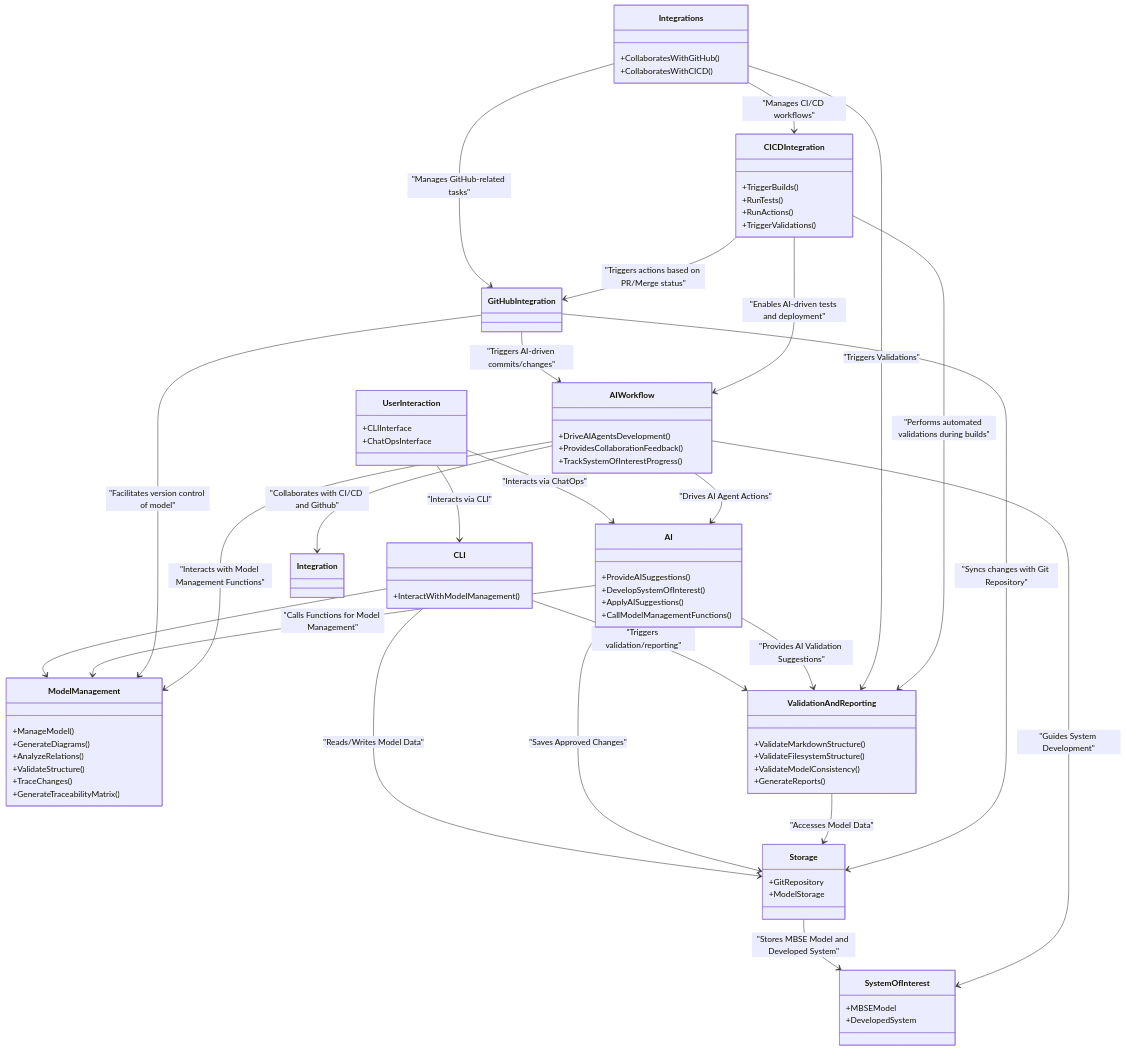
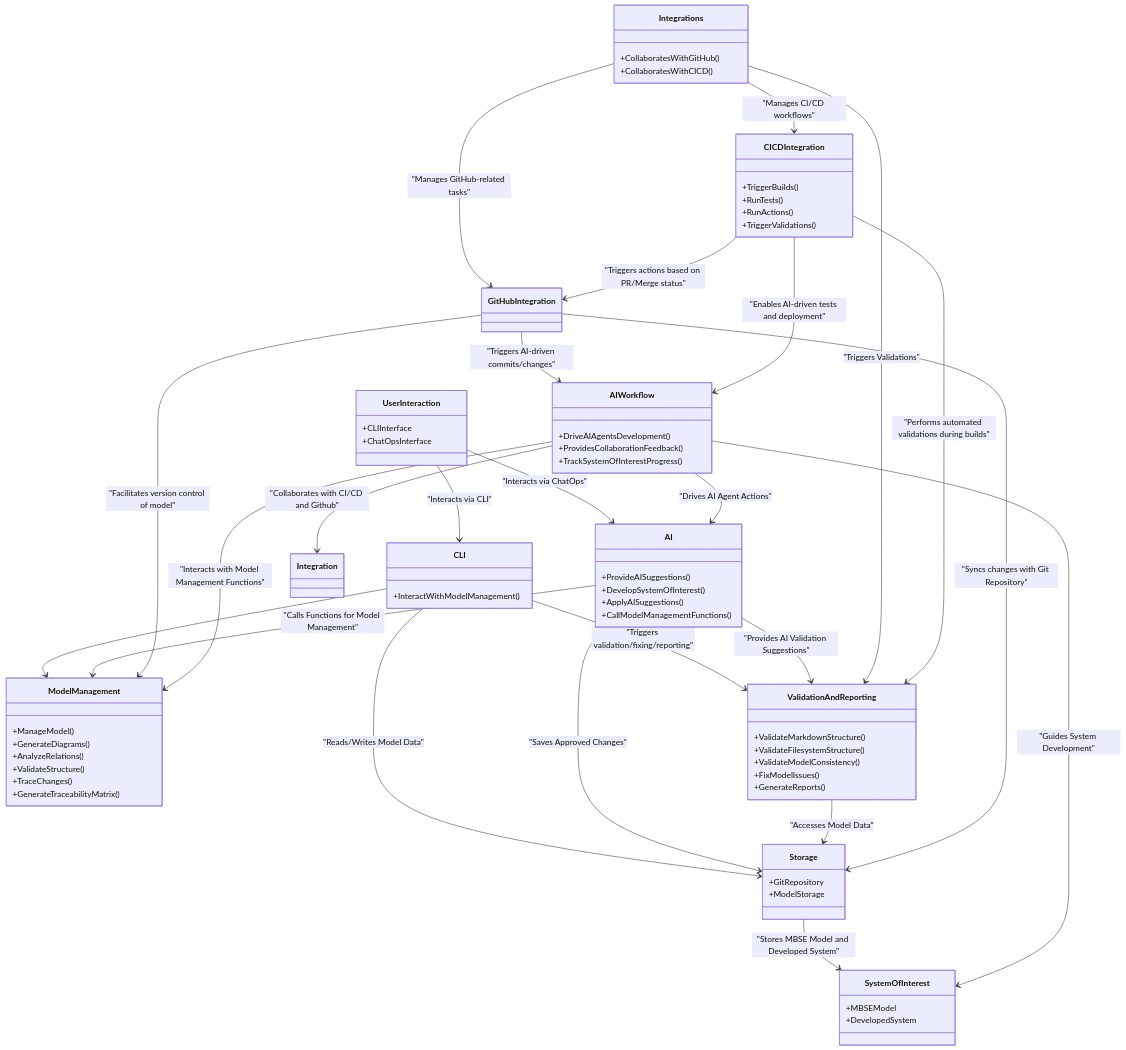
One commit to reqvire-org/reqvire changed the diagram in specifications/LogicalArchitecture.md. Above: the diagram before and after it, drawn with Mermaid. The commit also changed other lines of this file and 1 other file, not shown here.

Commit message:
Updates in notifications and user reqs.

```diff
--- a/specifications/LogicalArchitecture.md
+++ b/specifications/LogicalArchitecture.md
@@ -34,6 +34,7 @@
         +ValidateMarkdownStructure()
         +ValidateFilesystemStructure()
         +ValidateModelConsistency()
+        +FixModelIssues()
         +GenerateReports()
     }
     class Storage {
@@ -65,7 +66,7 @@
     UserInteraction --> AI : "Interacts via ChatOps"
     CLI --> ModelManagement
     AI --> ModelManagement : "Calls Functions for Model Management"
-    CLI --> ValidationAndReporting : "Triggers validation/reporting"
+    CLI --> ValidationAndReporting : "Triggers validation/fixing/reporting"
     CLI --> Storage : "Reads/Writes Model Data"
     AI --> ValidationAndReporting : "Provides AI Validation Suggestions"
     AI --> Storage : "Saves Approved Changes"
```
